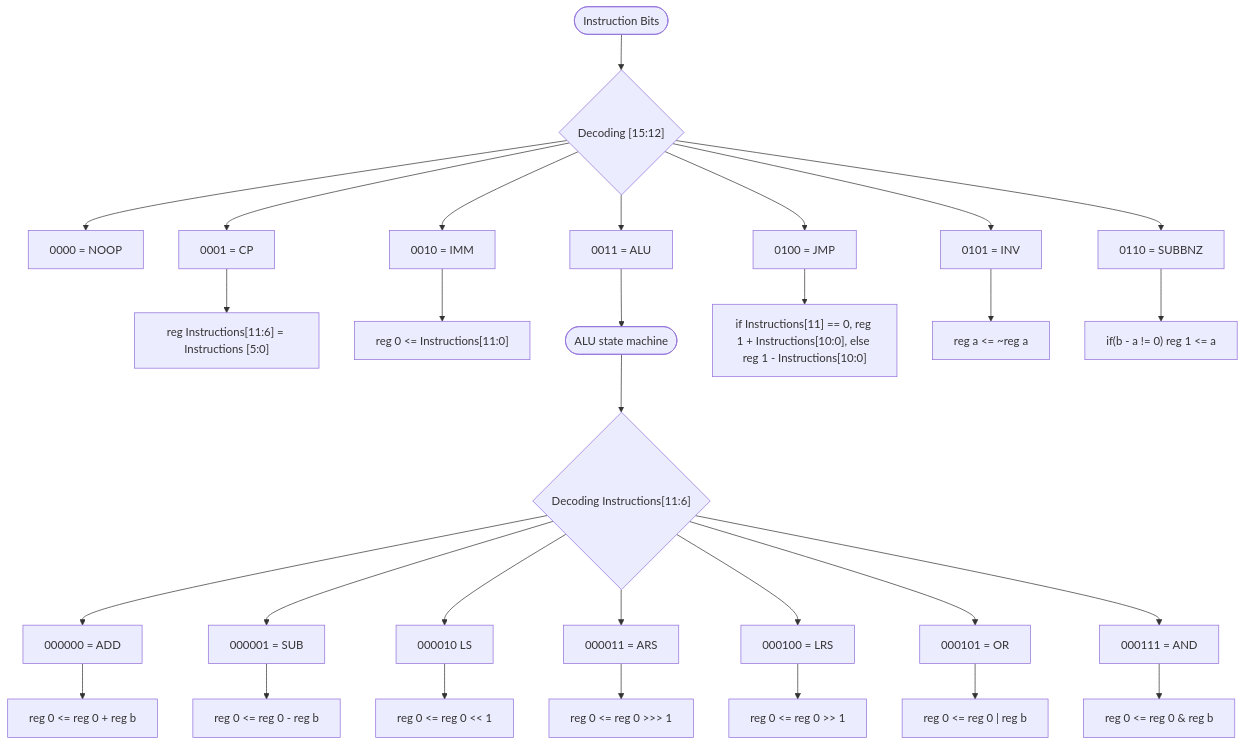
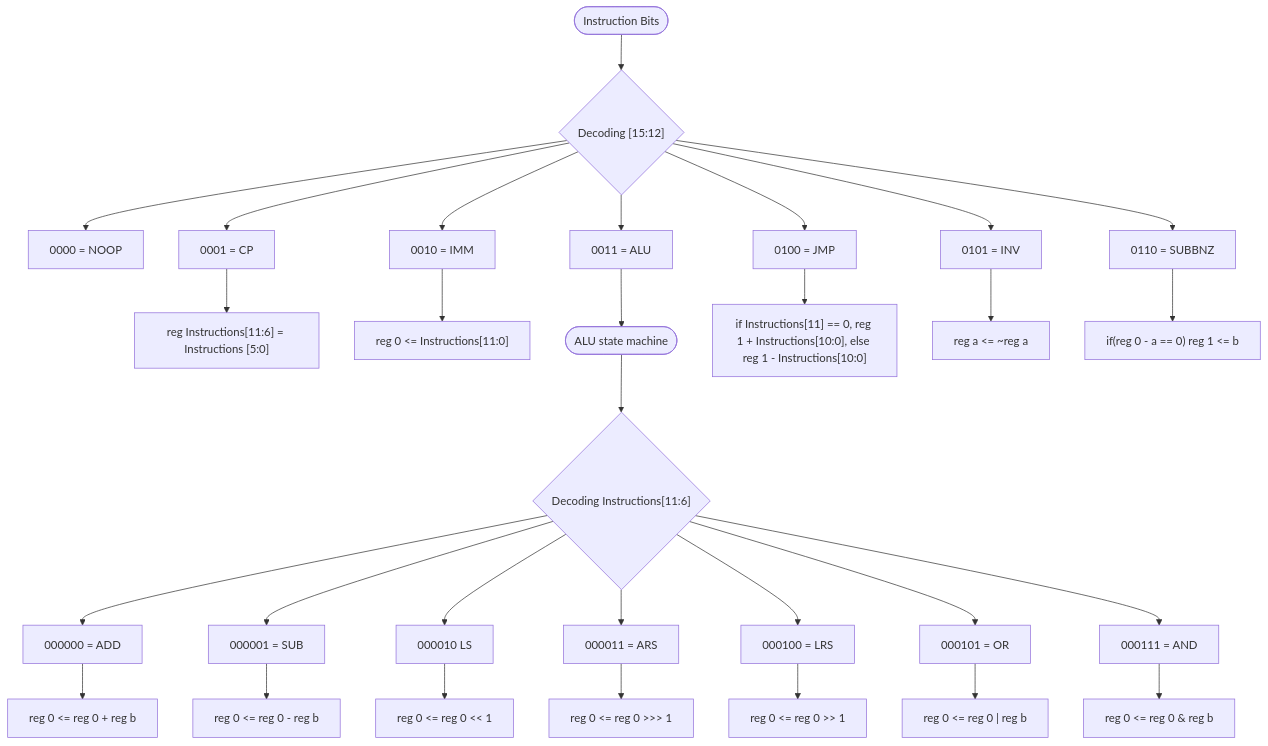
The diagram in README.md (coding-beagle/TeagueProcessingUnit), drawn with Mermaid before and after one commit. The commit also changed other lines of this file and 2 other files, not shown here.

Commit message:
change subbz again

````diff
--- a/README.md
+++ b/README.md
@@ -74,34 +74,34 @@
 ```mermaid
 flowchart TD
         A(["Instruction Bits"])
         A --> B{"Decoding [15:12]"}
         B --> C["0000 = NOOP"]
         B --> D["0001 = CP"]
         D --> J["reg Instructions[11:6] = Instructions [5:0]"]
         B --> E["0010 = IMM"]
         E --> K["reg 0 <= Instructions[11:0]"]
         B --> F["0011 = ALU"]
         F --> O(["ALU state machine"])
         O --> P{"Decoding Instructions[11:6]"}
         B --> G["0100 = JMP"]
         G --> L["if Instructions[11] == 0, reg 1 + Instructions[10:0], else reg 1 - Instructions[10:0]"]
         B --> H["0101 = INV"]
         H --> M["reg a <= ~reg a"]
         B --> I["0110 = SUBBNZ"]
-        I --> N["if(b - a != 0) reg 1 <= a"]
+        I --> N["if(reg 0 - a == 0) reg 1 <= b"]
         P --> Q["000000 = ADD"]
         Q --> R["reg 0 <= reg 0 + reg b"]
         P --> S["000001 = SUB"]
         S --> T["reg 0 <= reg 0 - reg b"]
         P --> U["000010 LS"]
         U --> V["reg 0 <= reg 0 << 1"]
         P --> W["000011 = ARS"]
         W --> X["reg 0 <= reg 0 >>> 1"]
         P --> Y["000100 = LRS"]
         Y --> Z["reg 0 <= reg 0 >> 1"]
         P --> AA["000101 = OR"]
         AA --> AB["reg 0 <= reg 0 | reg b"]
         P --> AC["000111 = AND"]
         AC --> AD["reg 0 <= reg 0 & reg b"]
 
 ```
````
